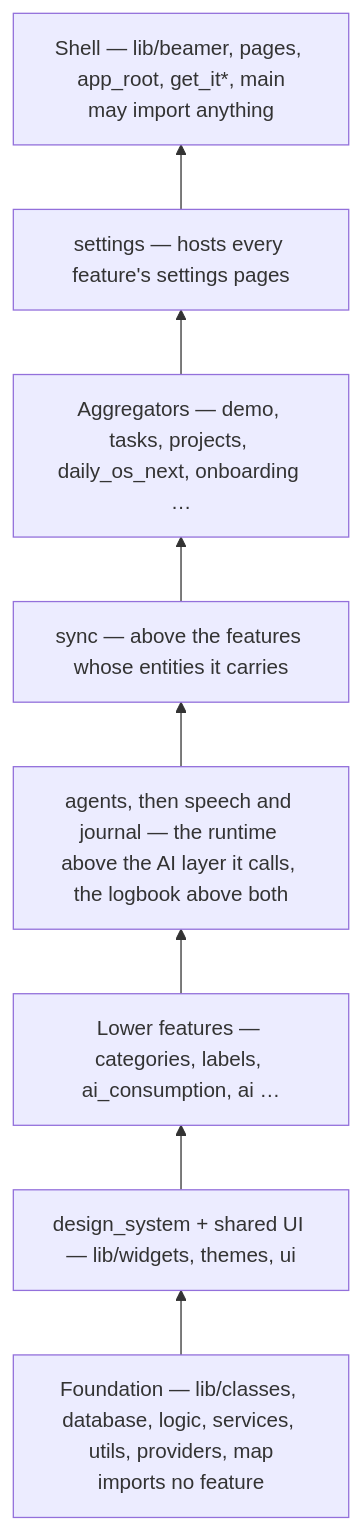
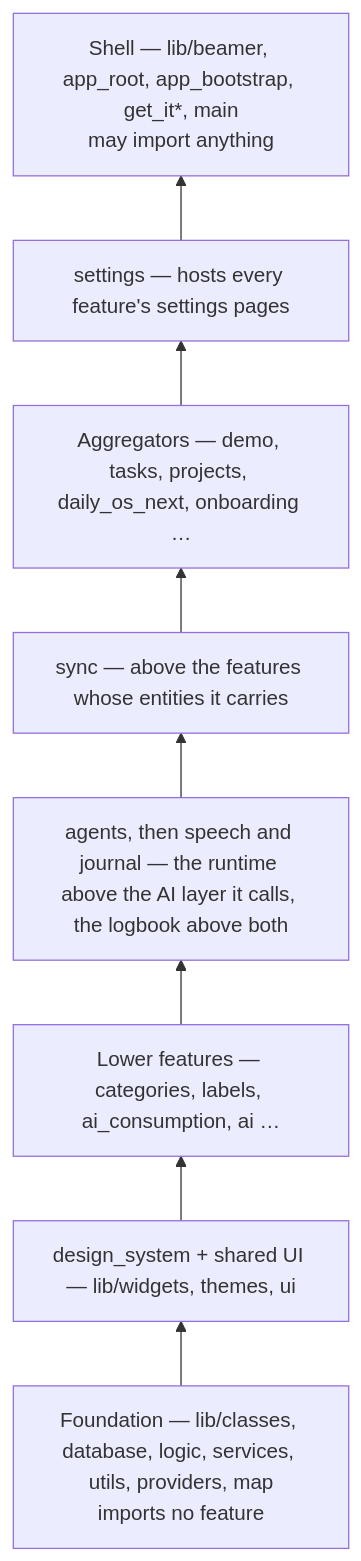
Before and after one commit to matthiasn/lotti: the second of 2 diagrams in knowledge/architecture/overview.md, drawn with Mermaid. The commit also changed other lines of this file and 80 other files, not shown here.

Commit message:
refactor(architecture): the layer guard sees imports of the shell and shared UI, and the 11 it finds are inverted

````diff
--- a/knowledge/architecture/overview.md
+++ b/knowledge/architecture/overview.md
@@ -105,12 +105,12 @@
 ```mermaid
 flowchart BT
   Foundation["Foundation — lib/classes, database, logic, services, utils, providers, map<br/>imports no feature"]
   DS["design_system + shared UI — lib/widgets, themes, ui"]
   Low["Lower features — categories, labels, ai_consumption, ai …"]
   Agents["agents, then speech and journal — the runtime above the AI layer it calls, the logbook above both"]
   Sync["sync — above the features whose entities it carries"]
   High["Aggregators — demo, tasks, projects, daily_os_next, onboarding …"]
   Settings["settings — hosts every feature's settings pages"]
-  Shell["Shell — lib/beamer, pages, app_root, get_it*, main<br/>may import anything"]
+  Shell["Shell — lib/beamer, app_root, app_bootstrap, get_it*, main<br/>may import anything"]
   Foundation --> DS --> Low --> Agents --> Sync --> High --> Settings --> Shell
 ```
````
